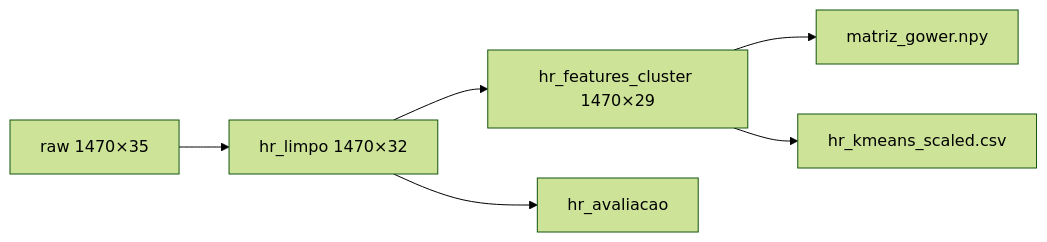
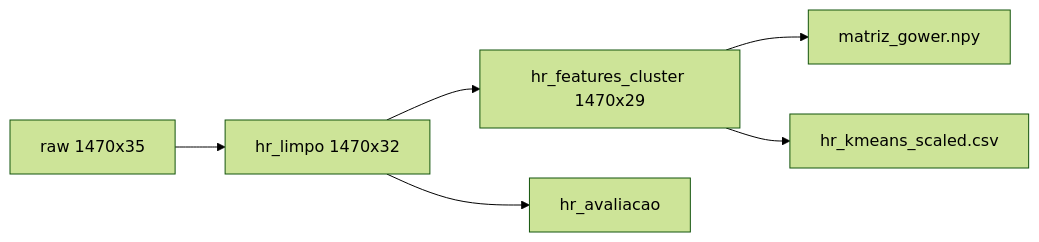
One commit to carloseomartinsdev/PeopleCluster changed the diagram in docs/preparacao.md. Above: the diagram before and after it, drawn with Mermaid (forest theme). The commit also changed other lines of this file and 57 other files, not shown here.

````diff
--- a/docs/preparacao.md
+++ b/docs/preparacao.md
@@ -17,8 +32,8 @@
 ```mermaid
 flowchart LR
-  A[raw 1470×35] --> B[hr_limpo 1470×32]
-  B --> C[hr_features_cluster 1470×29]
+  A[raw 1470x35] --> B[hr_limpo 1470x32]
+  B --> C[hr_features_cluster 1470x29]
   B --> D[hr_avaliacao]
   C --> E[matriz_gower.npy]
   C --> F[hr_kmeans_scaled.csv]
 ```
````
